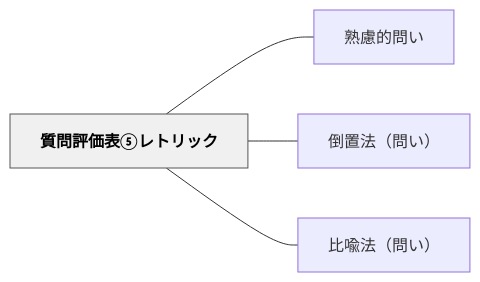
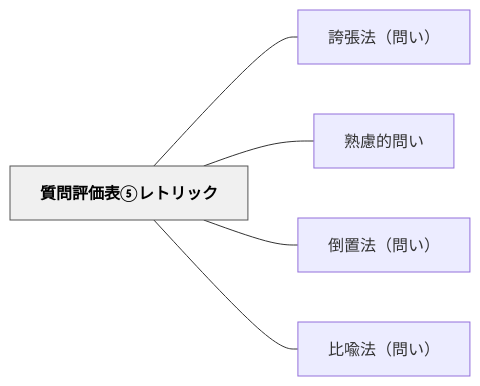
Before and after one commit to unknownthings-ed-patterns/unknownthings-ed-patterns: the diagram in content/パタン/質問評価表⑤レトリック.md, drawn with Mermaid. The commit also changed other lines of this file and 473 other files, not shown here.

````diff
--- a/content/パタン/質問評価表⑤レトリック.md
+++ b/content/パタン/質問評価表⑤レトリック.md
@@ -48,14 +49,16 @@
 ```mermaid
 flowchart LR
     ne8b3aae5958f["質問評価表⑤レトリック"]
+    ne8aa87e5bcb5["誇張法（問い）"]
     ne7869fe685ae["熟慮的問い"]
     ne58092e7bdae["倒置法（問い）"]
     ne6af94e596a9["比喩法（問い）"]
 
+    ne8b3aae5958f --- ne8aa87e5bcb5
     ne8b3aae5958f --- ne7869fe685ae
     ne8b3aae5958f --- ne58092e7bdae
     ne8b3aae5958f --- ne6af94e596a9
 
     classDef hub fill:#f0f0f0,stroke:#555,color:#000,font-weight:bold
     class ne8b3aae5958f hub
 ```
````
